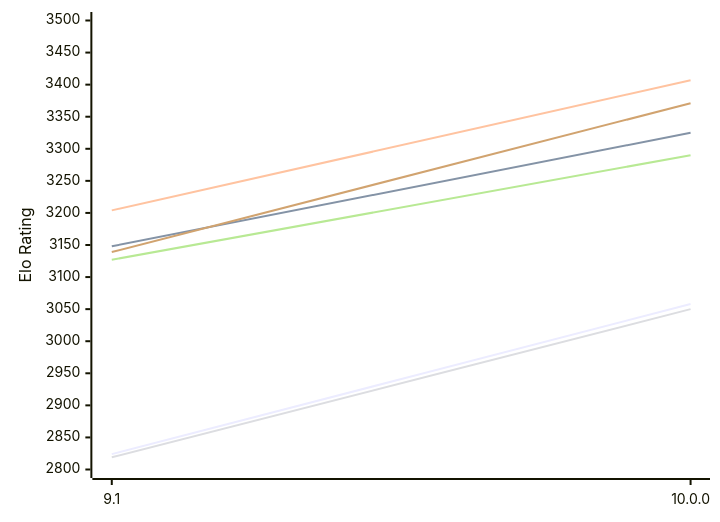
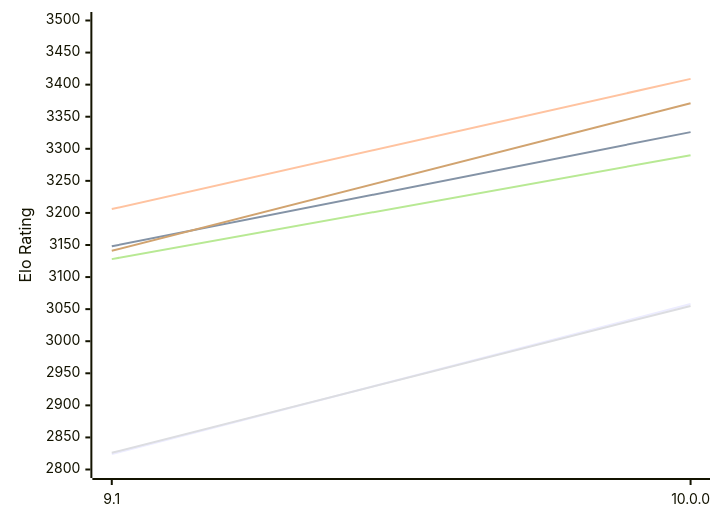
The first of 2 diagrams in engines/Pea.md (computer-chess-index/cci), drawn with Mermaid before and after one commit. The commit also changed other lines of this file, not shown here.

Commit message:
Update CCI Ratings (ELO VLTC) - 2026-11-17

````diff
--- a/engines/Pea.md
+++ b/engines/Pea.md
@@ -58,12 +58,12 @@
 ```mermaid
 %%{init: {"theme":"base","themeVariables":{"seriesColors:['#a3a3a3','#222221','#faa371']}}}%%
 xychart-beta
   x-axis ["9.1", "10.0.0"]
   y-axis "Elo Rating" 2800 --> 3500
   line "E1: STC (8.0+0.08s)" [2824, 3058]
-  line "E1: LTC (60.0+0.60s)" [3148, 3325]
-  line "E1: VLTC (2m24s+1.12s)" [3204, 3407]
-  line "P1: STC (8.0+0.08s)" [2819, 3050]
-  line "P1: LTC (60.0+0.60s)" [3127, 3290]
-  line "P1: VLTC (2m24s+1.12s)" [3139, 3371]
+  line "E1: LTC (60.0+0.60s)" [3148, 3326]
+  line "E1: VLTC (2m24s+1.12s)" [3206, 3409]
+  line "P1: STC (8.0+0.08s)" [2826, 3055]
+  line "P1: LTC (60.0+0.60s)" [3128, 3290]
+  line "P1: VLTC (2m24s+1.12s)" [3141, 3371]
 ```
````
